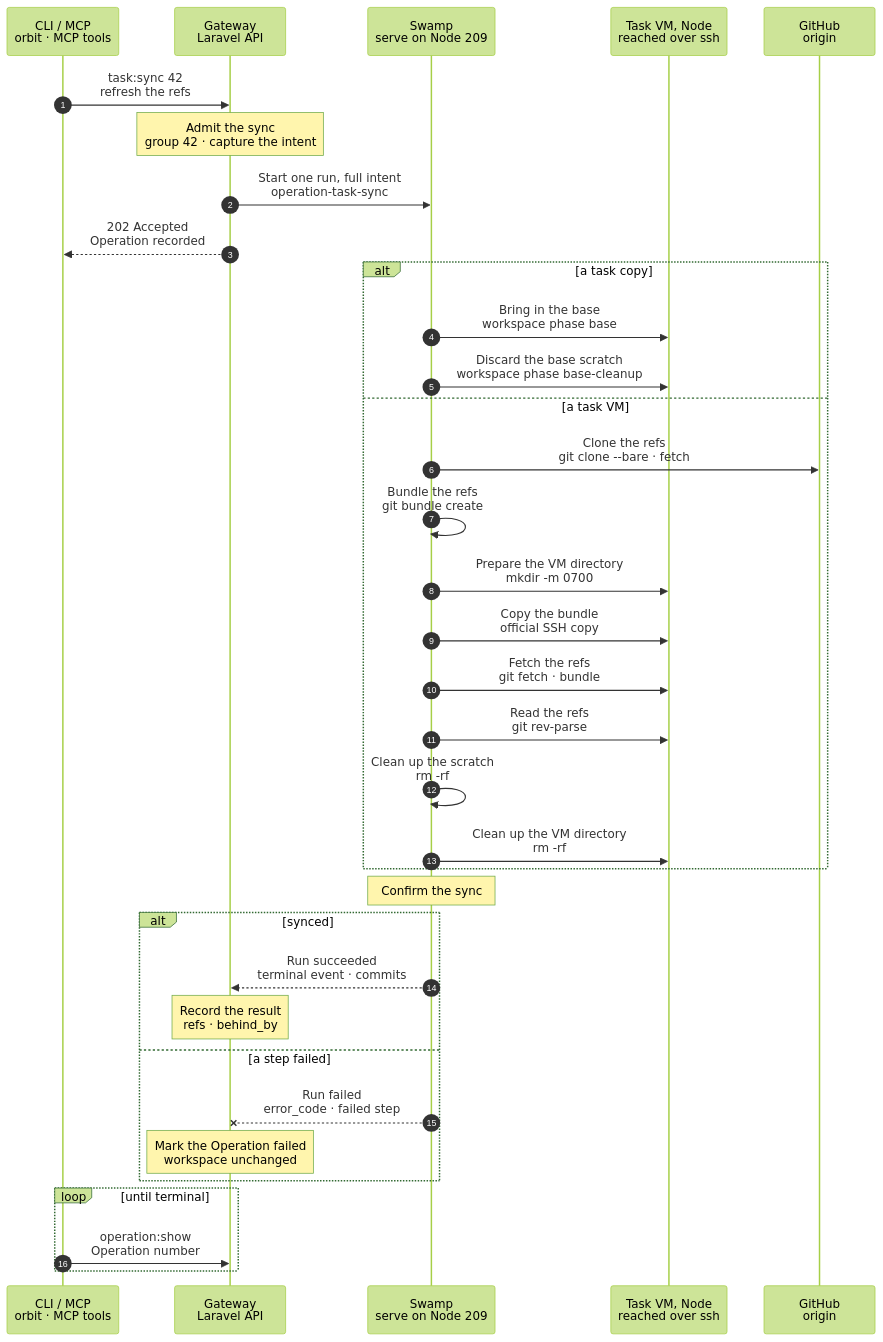
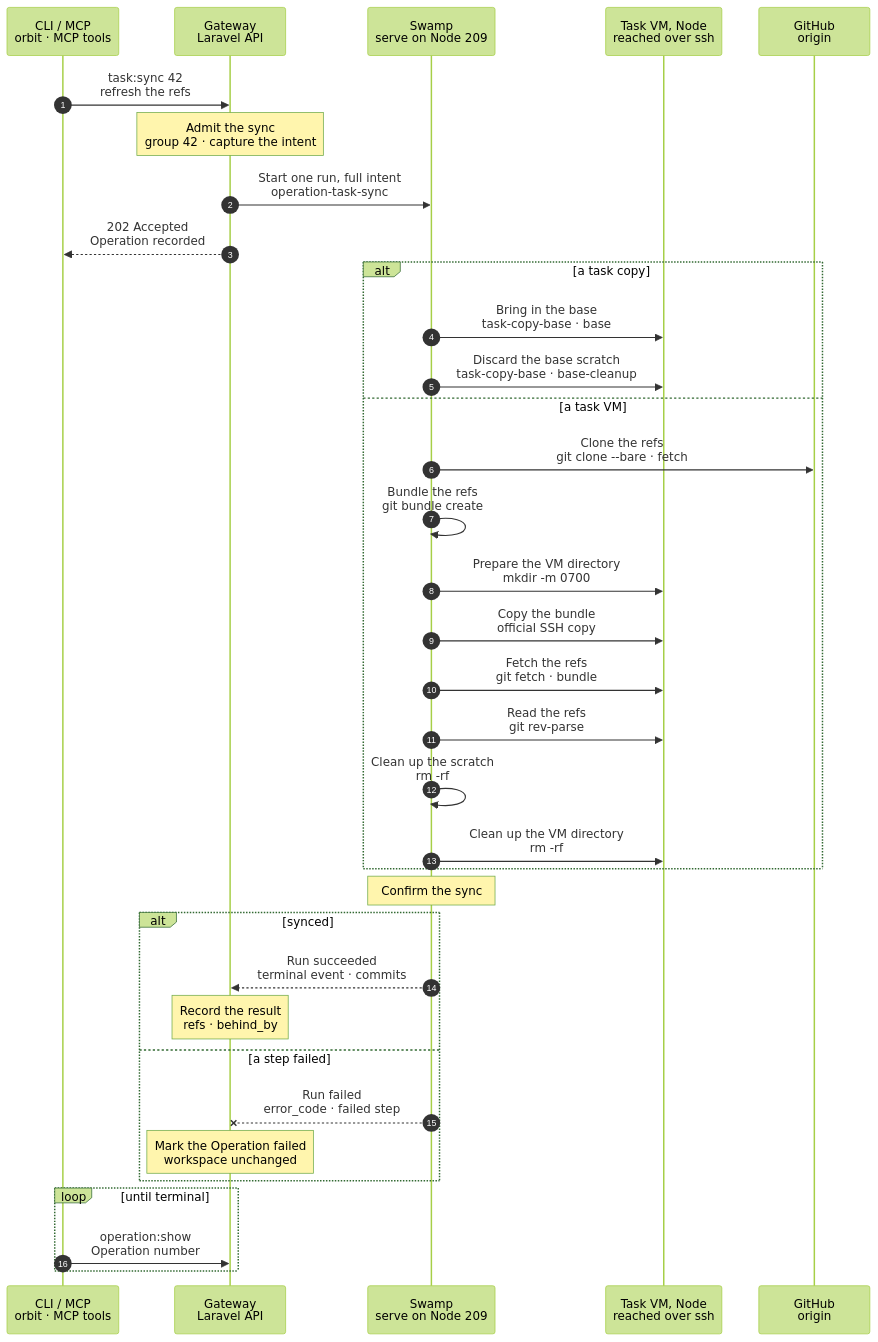
Before and after one commit to hardimpactdev/orbit: the diagram in docs/cli/task/sync.mmd, drawn with Mermaid (forest theme). The commit also changed 21 other files, not shown here.

```diff
--- a/docs/cli/task/sync.mmd
+++ b/docs/cli/task/sync.mmd
@@ -1,115 +1,115 @@
 sequenceDiagram
   %% Target design: stage 2 and stage 4 of the command development pipeline (docs/reference/pipeline/2-development-environment.mmd, 4-pr-and-ci.mmd). A task VM holds no GitHub credential, so the workspace cannot fetch. The author needs the branch of the pull request and main when either moved on origin (a merge of main into the branch, a correction pushed by the owner), to merge or rebase before the push. Decided by the orchestrator, for Nick's review.
   %% Task copy (2026-11-14): the same kind brings the Project's default branch into a task copy through the copy's Node mirror and one incremental bundle; no credential enters the copy and the branch is never merged or rebased. The run selects the copy path by the intent key `copy`; the task VM steps read only the keys they read before, so a run that an older Gateway admitted keeps its task VM path. Task VMs get no new work. docs/reference/tasks.md#bring-main-into-a-copy.
   %% status: draft
   %% command: task:sync
   %% kind: tasks.sync
   autonumber
   %% lane CLI icon=terminal pill=caller tone=gray
   %% lane GW icon=gateway pill=intent tone=blue
   %% lane SW icon=workflow pill=executes tone=green
   %% lane N icon=server pill=target tone=amber
   %% lane GH icon=server pill=target tone=purple
   participant CLI as CLI / MCP<br/>orbit · MCP tools
   participant GW as Gateway<br/>Laravel API
   participant SW as Swamp<br/>serve on Node 209
   participant N as Task VM, Node<br/>reached over ssh
   participant GH as GitHub<br/>origin
   CLI->>GW: task:sync 42<br/>refresh the refs
   %%> Command:
   %%> - the MCP tool `task-sync`, or `POST /api/v1/tasks/42/sync` with an `Idempotency-Key` and no body
   Note over GW: Admit the sync<br/>group 42 · capture the intent
   %%> Requirements:
   %%> - your Node has an access grant to the Gateway
   %%> - group 42 is open and external, with its own task VM workspace and a pushed branch `task-42`, or with its own task copy
   %%> - a task VM runs; a parked VM is woken by the admission, which answers `tasks.vm_resuming`
   %%> - a task copy's container runs, else `tasks.instance_not_running`, and no copy turn of the group is unended, else `tasks.copy_turn_unended`
   %%> - no other task runs on group 42, so no check or publish; the Gateway holds one lock per group
   %%> What it does:
   %%> - captures the repository, the default branch, the branch `task-42`, the workspace path and the SSH target of the VM
   %%> - for a task copy, adds `copy`: its Node's SSH target, its container, its start commit and its Node mirror
   %%> - names the vault key of the read credential
   %%> Decided by the orchestrator, for Nick's review:
   %%> - no Swamp step calls the Gateway: the Gateway mints the read token (`contents: read`, valid one hour) as it starts the run and writes it to that vault key, as it does for the Pi token of a turn; the run gets only the key name
   %%> - each run mints its own credential; a later run never reuses it
   GW->>SW: Start one run, full intent<br/>operation-task-sync
   %%> Inputs:
   %%> - the whole intent above and the vault key name of the read credential, never the credential
   %%> - no step of the run calls the Gateway
   GW-->>CLI: 202 Accepted<br/>Operation recorded
   %%> Next:
   %%> - the CLI follows the Operation with `operation:show`
   alt a task copy
-    SW->>N: Bring in the base<br/>workspace phase base
+    SW->>N: Bring in the base<br/>task-copy-base · base
+    %%> Why its own child:
+    %%> - only this path calls `task-copy-base`; the shared workspace child of turns, checks and publishes takes no secret and no base input
     %%> On the Node:
     %%> - first removes what an earlier, cancelled sync of the copy left in the copy's Node scratch and bundle folder, which the copy's Instance names
-    %%> - writes the read credential to a file in that scratch, mode 0600, readable by root only, and removes it in an `always` block; it never enters the container
-    %%> - fetches `+refs/heads/<default>` from the Project's repository into the copy's own mirror, `/var/lib/orbit/instance-repositories/<instance>.git`; a missing mirror is made from the default's mirror first
+    %%> - fetches `+refs/heads/<default>` from the Project's repository into the copy's own mirror, `/var/lib/orbit/instance-repositories/<instance>.git`; a missing mirror is made from the default's mirror, which only then is needed
+    %%> - the read token is the sync's Git header: it reaches that one `git fetch` only as its environment, through the stdin of a pipelined task; never argv, a file or a stored output, so a killed run leaves none behind
     %%> - bundles the default branch without the commits the copy already holds (`^origin/<default>`, `^task-42`, where the mirror holds them); when the copy holds the head already, no bundle is made
-    %%> In the container, as `agent`:
-    %%> - `git fetch` of the bundle into `refs/remotes/origin/<default>` only
+    %%> In the container:
+    %%> - root makes the bundle folder fresh and owns it and the bundle; `agent` can read it and cannot replace it
+    %%> - as `agent`, `git fetch` of the bundle into `refs/remotes/origin/<default>` only
     %%> - reads the default head, the branch commit, `git rev-list --count task-42..origin/<default>` and the copy's start
     %%> Result:
     %%> - HEAD, the working tree, the index and the local branches are not touched; nothing is merged or rebased
     %%> Source:
     %%> - the Project's repository, for every Project; a Project whose repository receives main only at a release sees the last released main
-    SW->>N: Discard the base scratch<br/>workspace phase base-cleanup
-    %%> When:
-    %%> - always: after success, failure or a cancelled run
-    %%> What it does:
-    %%> - removes the copy's credential file and bundle on the Node and the bundle in the container
-    %%> - a cancelled run may skip this step; the next sync of the copy removes the same scratch before its fetch
+    SW->>N: Discard the base scratch<br/>task-copy-base · base-cleanup
+    %%> Clean-up rule:
+    %%> - the bundles on the Node and in the copy go when the base ends, here after the run, at the next sync of the copy, or at the copy's destroy, whichever comes first; no credential is ever written, so none is left to remove
     %%> Test:
-    %%> - a failed and a cancelled sync leave no credential file on the Node and no bundle in the copy
+    %%> - a failed fetch, a cancel during the fetch and a cancel after the push leave no credential anywhere and no bundle in the copy once this step or the next base ran
   else a task VM
     SW->>GH: Clone the refs<br/>git clone --bare · fetch
     %%> What it does:
     %%> - on Node 209, in a scratch directory of the run: a bare clone of the default branch and a fetch of `task-42`, with the token, read from its vault key, as an extra header of the commands and nowhere else
     SW->>SW: Bundle the refs<br/>git bundle create
     %%> What it does:
     %%> - one bundle of the default branch and `task-42`
     SW->>N: Prepare the VM directory<br/>mkdir -m 0700
     %%> What it does:
     %%> - a private directory of the run on the VM
     SW->>N: Copy the bundle<br/>official SSH copy
     %%> What it does:
     %%> - copies the bundle into that directory; no token and no script reaches the VM
     SW->>N: Fetch the refs<br/>git fetch · bundle
     %%> What it does:
     %%> - `git fetch` of the bundle into `refs/remotes/origin/<default branch>` and `refs/remotes/origin/task-42` of the workspace
     %%> Result:
     %%> - HEAD, the working tree and the local branches are not touched; the author merges or rebases itself, as the review of the stage asks
     SW->>N: Read the refs<br/>git rev-parse
     %%> What it does:
     %%> - reads the two commits the fetch stored
     SW->>SW: Clean up the scratch<br/>rm -rf
     %%> When:
     %%> - always, on success and failure: the scratch directory of the run on Node 209
     SW->>N: Clean up the VM directory<br/>rm -rf
     %%> When:
     %%> - always, after the scratch: the run's directory on the VM
   end
   Note over SW: Confirm the sync
   %%> What it does:
   %%> - native assert: for a task VM, the read and both clean ups succeeded; for a task copy, the base and its discard succeeded
   alt synced
     SW-->>GW: Run succeeded<br/>terminal event · commits
     %%> How the Gateway learns it:
     %%> - its shared run reader sees the terminal event; Swamp never calls the Gateway
     Note over GW: Record the result<br/>refs · behind_by
     %%> Result:
     %%> - a task VM: the commit of the default branch and the commit of `task-42`
     %%> - a task copy: `default_branch`, `default_commit`, `branch`, `branch_commit`, `behind_by` and `start`
   else a step failed
     SW--xGW: Run failed<br/>error_code · failed step
     %%> The Gateway reads:
     %%> - which step failed; a branch that does not exist on origin fails the clone step
     Note over GW: Mark the Operation failed<br/>workspace unchanged
     %%> Retry:
-    %%> - run it again: a new run mints a new credential, and a fetch that already happened makes the next bundle smaller
+    %%> - run it again: a new run mints a new read token, and a fetch that already happened makes the next bundle smaller
   end
   loop until terminal
     CLI->>GW: operation:show<br/>Operation number
     %%> Returns:
     %%> - the Operation status, and the commits and `behind_by` when the run succeeded
   end
```
